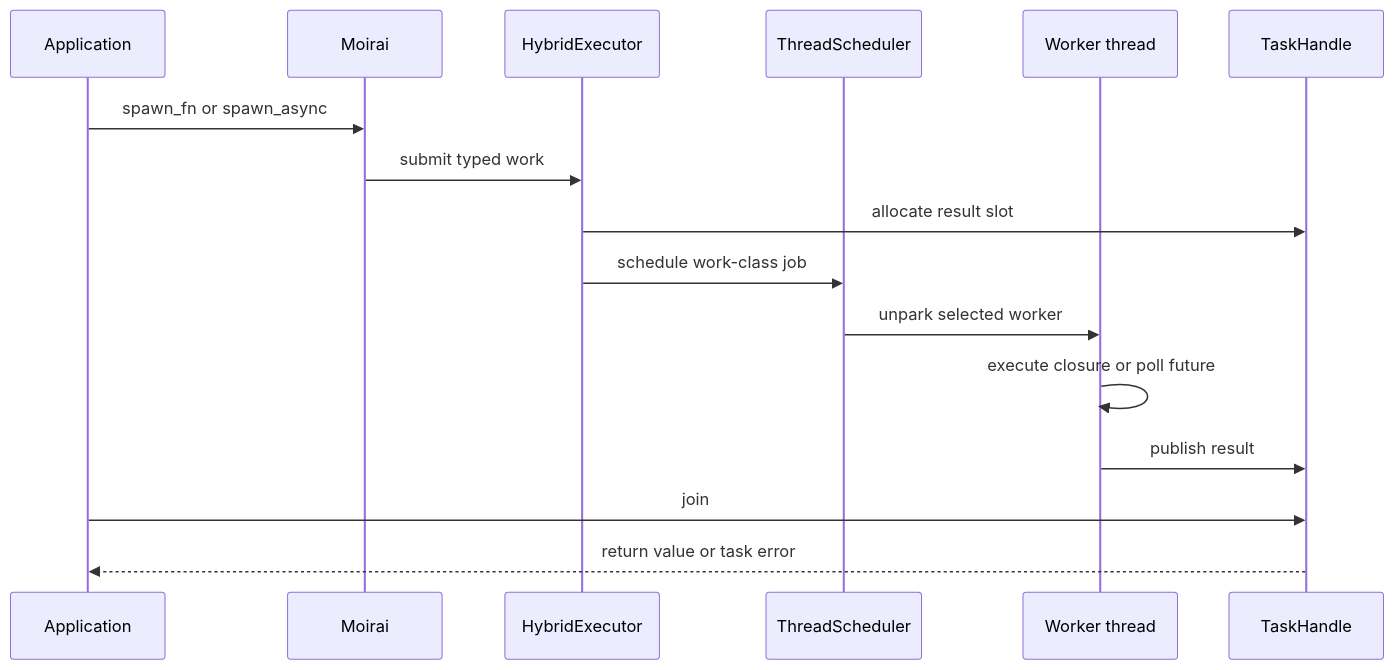
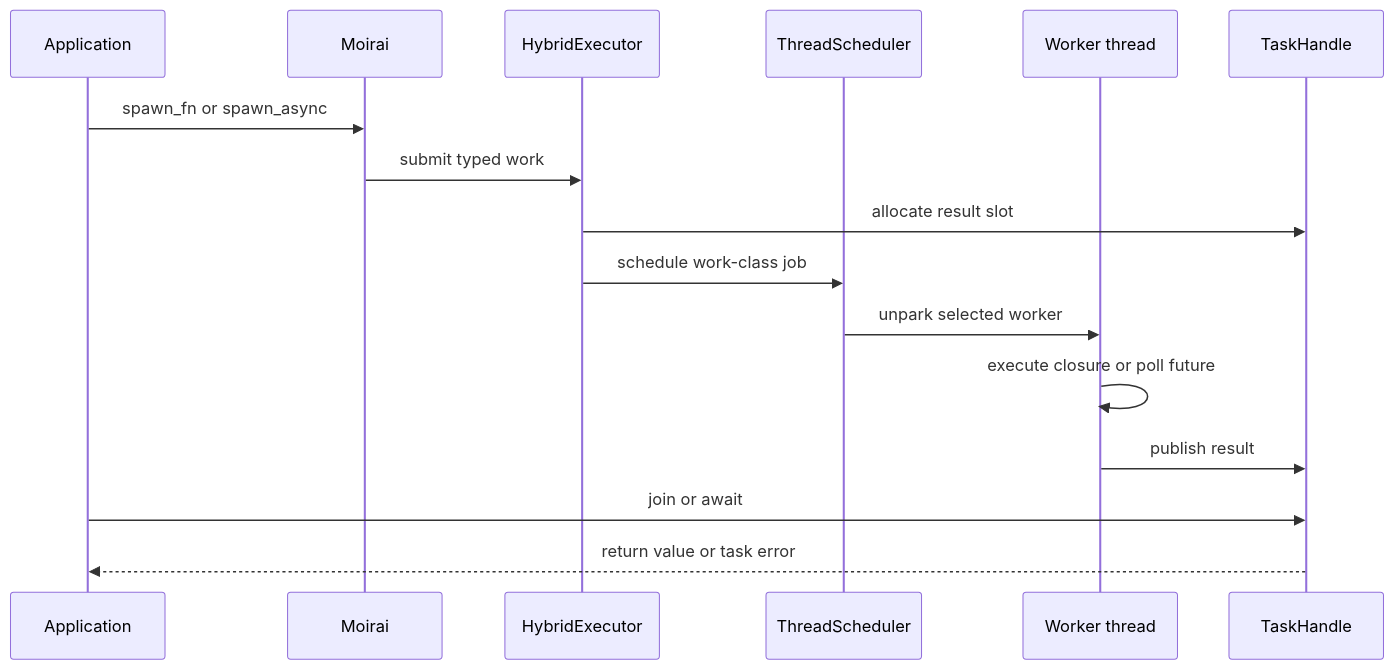
The third of 7 diagrams in docs/moirai_rayon_tokio_comparison.md (ryancinsight/Moirai), drawn with Mermaid before and after one commit. The commit also changed other lines of this file and 5 other files, not shown here.

````diff
--- a/docs/moirai_rayon_tokio_comparison.md
+++ b/docs/moirai_rayon_tokio_comparison.md
@@ -161,19 +162,19 @@
 ```mermaid
 sequenceDiagram
     participant App as Application
     participant Runtime as Moirai
     participant Executor as HybridExecutor
     participant Scheduler as ThreadScheduler
     participant Worker as Worker thread
     participant Handle as TaskHandle
 
     App->>Runtime: spawn_fn or spawn_async
     Runtime->>Executor: submit typed work
     Executor->>Handle: allocate result slot
     Executor->>Scheduler: schedule work-class job
     Scheduler->>Worker: unpark selected worker
     Worker->>Worker: execute closure or poll future
     Worker->>Handle: publish result
-    App->>Handle: join
+    App->>Handle: join or await
     Handle-->>App: return value or task error
 ```
````
